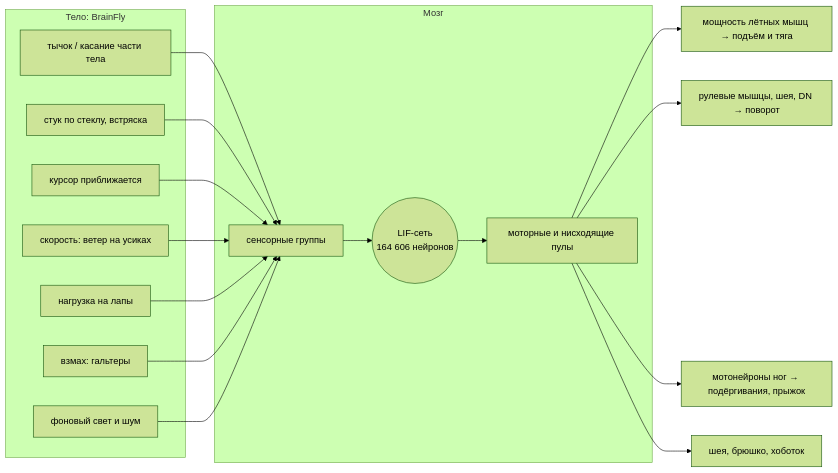
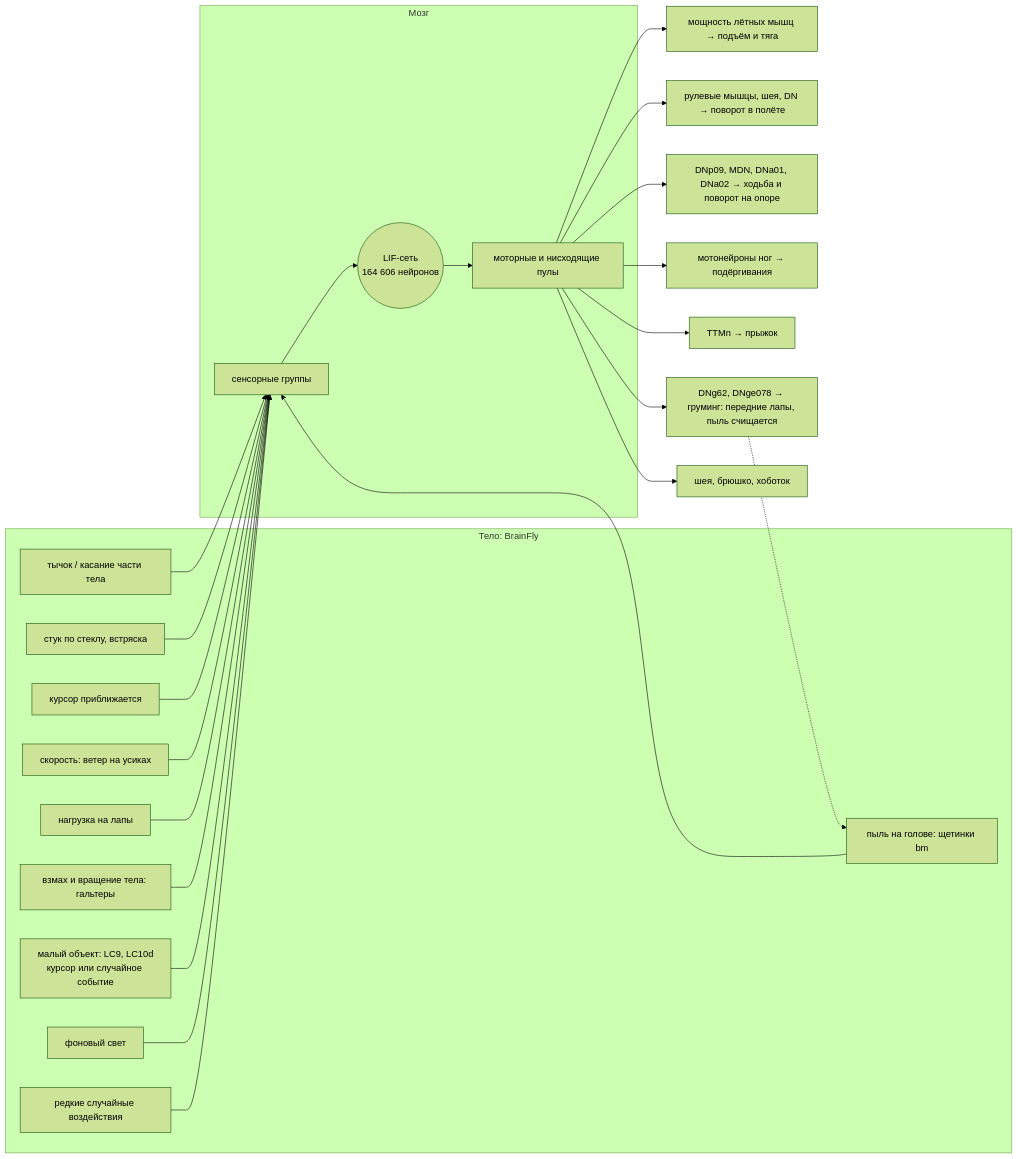
The diagram in docs/brain.md (dimm0909/fly-in-the-bottle), drawn with Mermaid (forest theme) before and after one commit. The commit also changed other lines of this file and 27 other files, not shown here.

````diff
--- a/docs/brain.md
+++ b/docs/brain.md
@@ -69,29 +75,39 @@
 ```{mermaid}
 flowchart LR
     subgraph body[Тело: BrainFly]
         touch[тычок / касание части тела]
         knock[стук по стеклу, встряска]
         loom[курсор приближается]
         wind[скорость: ветер на усиках]
         load[нагрузка на лапы]
-        wing[взмах: гальтеры]
-        light[фоновый свет и шум]
+        wing[взмах и вращение тела: гальтеры]
+        obj[малый объект: LC9, LC10d<br/>курсор или случайное событие]
+        dust[пыль на голове: щетинки bm]
+        light[фоновый свет]
+        rare[редкие случайные воздействия]
     end
     subgraph brain[Мозг]
         sens[сенсорные группы]
         net((LIF-сеть<br/>164 606 нейронов))
         pools[моторные и нисходящие пулы]
         sens --> net --> pools
     end
     touch --> sens
     knock --> sens
     loom --> sens
     wind --> sens
     load --> sens
     wing --> sens
+    obj --> sens
+    dust --> sens
     light --> sens
+    rare --> sens
     pools --> power[мощность лётных мышц → подъём и тяга]
-    pools --> steer[рулевые мышцы, шея, DN → поворот]
-    pools --> legs[мотонейроны ног → подёргивания, прыжок]
+    pools --> steer[рулевые мышцы, шея, DN → поворот в полёте]
+    pools --> walk[DNp09, MDN, DNa01, DNa02 → ходьба и поворот на опоре]
+    pools --> legs[мотонейроны ног → подёргивания]
+    pools --> jump[TTMn → прыжок]
+    pools --> groom[DNg62, DNge078 → груминг: передние лапы, пыль счищается]
     pools --> misc[шея, брюшко, хоботок]
+    groom -.-> dust
 ```
````
